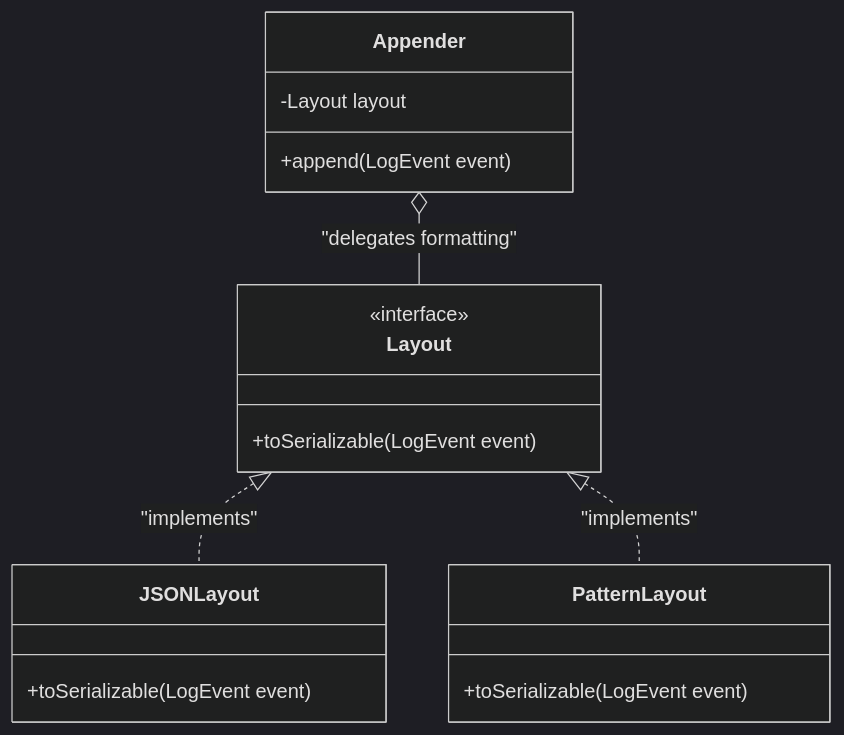
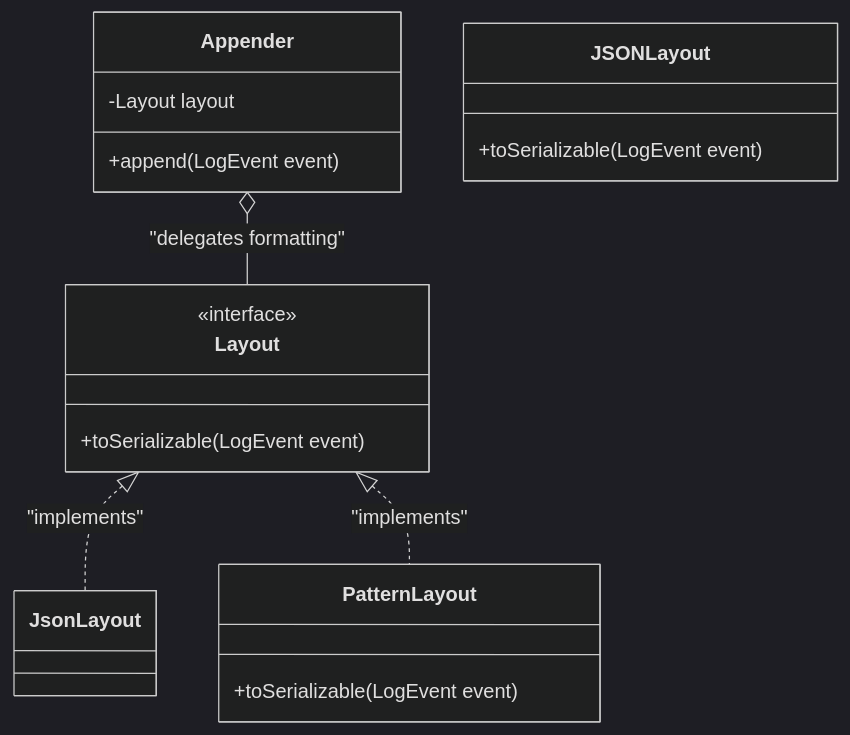
One commit to SwDA-Team07/AY-25-26-project changed the third of 4 diagrams in docs/design.md. Above: the diagram before and after it, drawn with Mermaid (dark theme). The commit also changed other lines of this file, not shown here.

````diff
--- a/docs/design.md
+++ b/docs/design.md
@@ -206,21 +180,21 @@
 ```mermaid
 classDiagram
     class Appender {
         -Layout layout
         +append(LogEvent event)
     }
     class Layout {
         <<interface>>
         +toSerializable(LogEvent event)
     }
     class JSONLayout {
         +toSerializable(LogEvent event)
     }
     class PatternLayout {
         +toSerializable(LogEvent event)
     }
 
     Appender o-- Layout : "delegates formatting"
-    Layout <|.. JSONLayout : "implements"
+    Layout <|.. JsonLayout : "implements"
     Layout <|.. PatternLayout : "implements"
 ```
````
